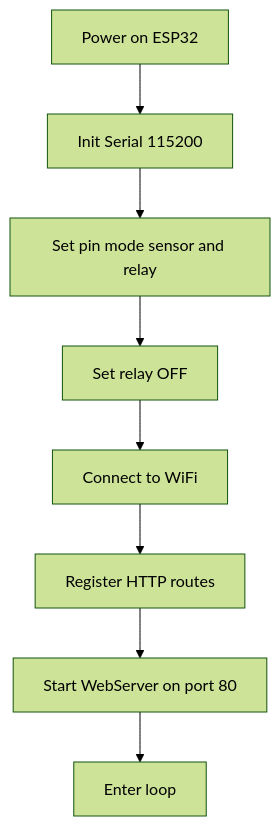
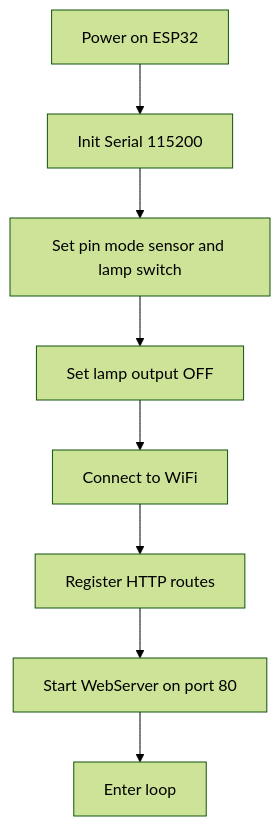
One commit to fatidaprilian/ClapControl-IoT changed the first of 5 diagrams in docs/flow-overview.md. Above: the diagram before and after it, drawn with Mermaid (forest theme). The commit also changed other lines of this file and 17 other files, not shown here.

Commit message:
Refactor project to migrate from AC relay control to 5V LED control using NPN transistor. Update documentation to reflect changes in hardware setup, output logic, and API behavior. Ensure all features remain intact while enhancing safety and portability for mobile IoT applications.

````diff
--- a/docs/flow-overview.md
+++ b/docs/flow-overview.md
@@ -5,10 +5,10 @@
 ```mermaid
 flowchart TD
   A[Power on ESP32] --> B[Init Serial 115200]
-  B --> C[Set pin mode sensor and relay]
-  C --> D[Set relay OFF]
+  B --> C[Set pin mode sensor and lamp switch]
+  C --> D[Set lamp output OFF]
   D --> E[Connect to WiFi]
   E --> F[Register HTTP routes]
   F --> G[Start WebServer on port 80]
   G --> H[Enter loop]
 ```
````
